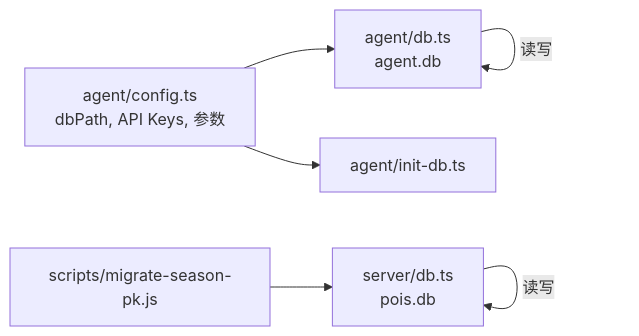
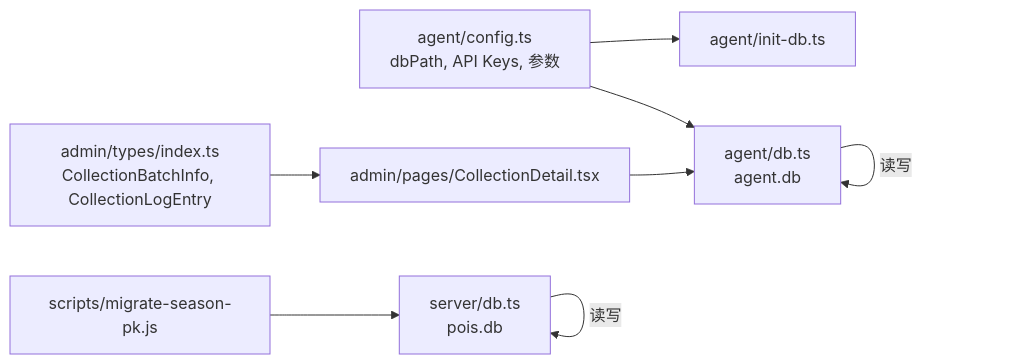
The third of 3 diagrams in .qoder/repowiki/zh/content/数据库设计.md (ititjjy/AITrip-plan), drawn with Mermaid before and after one commit. The commit also changed other lines of this file and 10 other files, not shown here.

````diff
--- a/.qoder/repowiki/zh/content/数据库设计.md
+++ b/.qoder/repowiki/zh/content/数据库设计.md
@@ -345,8 +402,10 @@
 ```mermaid
 graph LR
 Config["agent/config.ts<br/>dbPath, API Keys, 参数"] --> AgentDB["agent/db.ts<br/>agent.db"]
 Config --> InitDB["agent/init-db.ts"]
 Migrate["scripts/migrate-season-pk.js"] --> ServerDB["server/db.ts<br/>pois.db"]
+AdminTypes["admin/types/index.ts<br/>CollectionBatchInfo, CollectionLogEntry"] --> AdminUI["admin/pages/CollectionDetail.tsx"]
 AgentDB --> |读写| AgentDB
 ServerDB --> |读写| ServerDB
+AdminUI --> AgentDB
 ```
````
